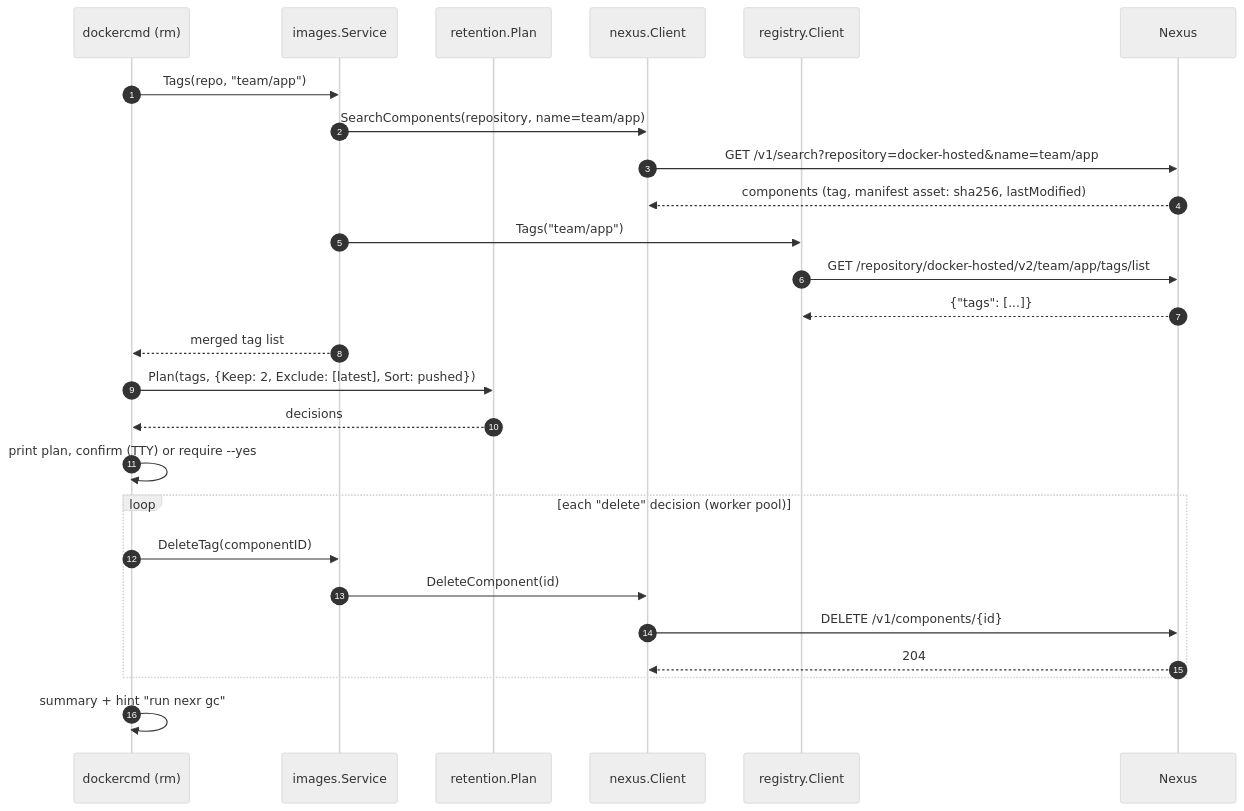
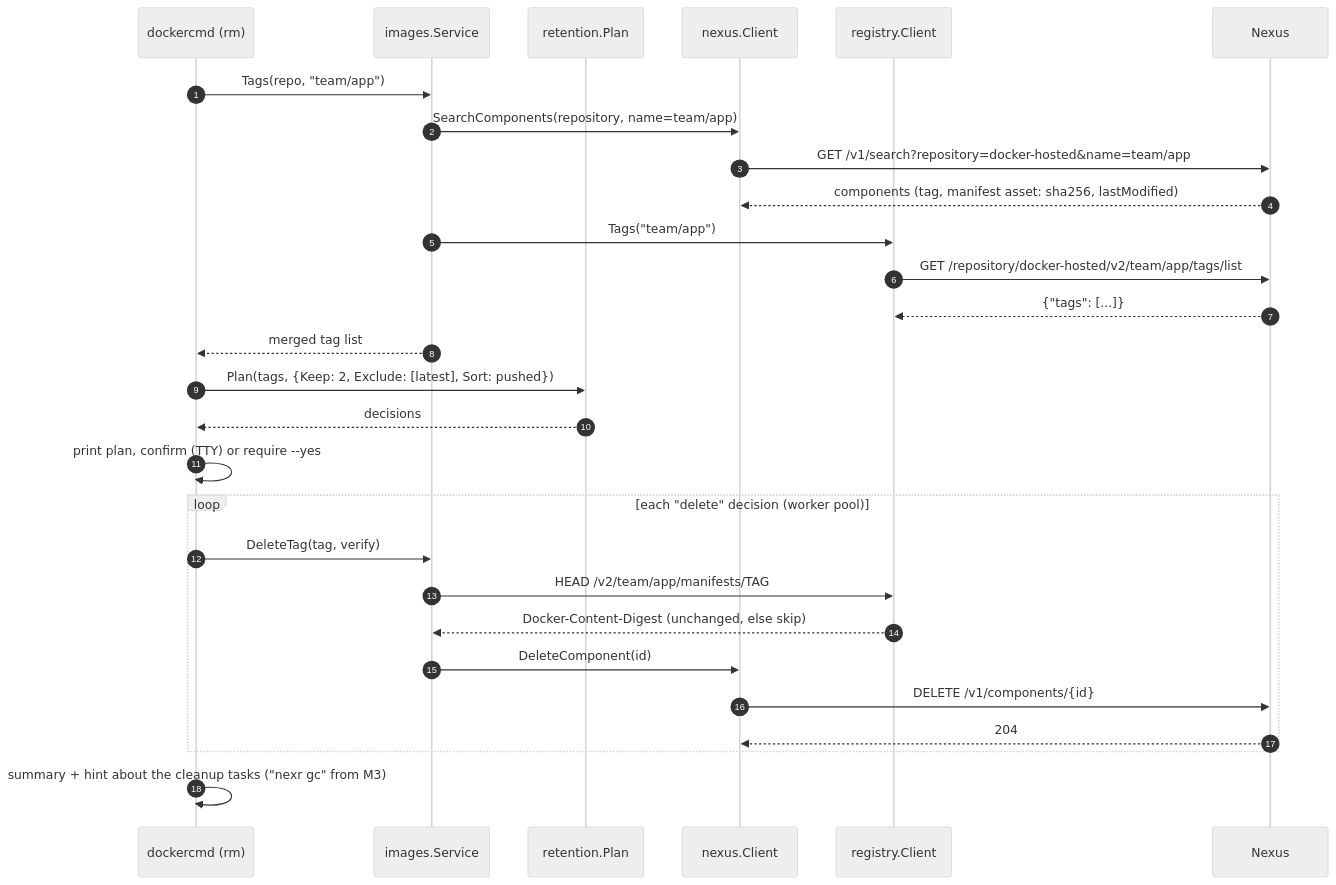
The seventh of 8 diagrams in docs/architecture.md (yand3r3d3v/nexr), drawn with Mermaid (neutral theme) before and after one commit. The commit also changed other lines of this file and 32 other files, not shown here.

First line of the commit message:
feat: add nexr docker ls, tags and rm (M2)

````diff
--- a/docs/architecture.md
+++ b/docs/architecture.md
@@ -658,29 +682,31 @@
 ```mermaid
 sequenceDiagram
     autonumber
     participant CLI as dockercmd (rm)
     participant I as images.Service
     participant R as retention.Plan
     participant N as nexus.Client
     participant G as registry.Client
     participant X as Nexus
 
     CLI->>I: Tags(repo, "team/app")
     I->>N: SearchComponents(repository, name=team/app)
     N->>X: GET /v1/search?repository=docker-hosted&name=team/app
     X-->>N: components (tag, manifest asset: sha256, lastModified)
     I->>G: Tags("team/app")
     G->>X: GET /repository/docker-hosted/v2/team/app/tags/list
     X-->>G: {"tags": [...]}
     I-->>CLI: merged tag list
     CLI->>R: Plan(tags, {Keep: 2, Exclude: [latest], Sort: pushed})
     R-->>CLI: decisions
     CLI->>CLI: print plan, confirm (TTY) or require --yes
     loop each "delete" decision (worker pool)
-        CLI->>I: DeleteTag(componentID)
+        CLI->>I: DeleteTag(tag, verify)
+        I->>G: HEAD /v2/team/app/manifests/TAG
+        G-->>I: Docker-Content-Digest (unchanged, else skip)
         I->>N: DeleteComponent(id)
         N->>X: DELETE /v1/components/{id}
         X-->>N: 204
     end
-    CLI->>CLI: summary + hint "run nexr gc"
+    CLI->>CLI: summary + hint about the cleanup tasks ("nexr gc" from M3)
 ```
````
